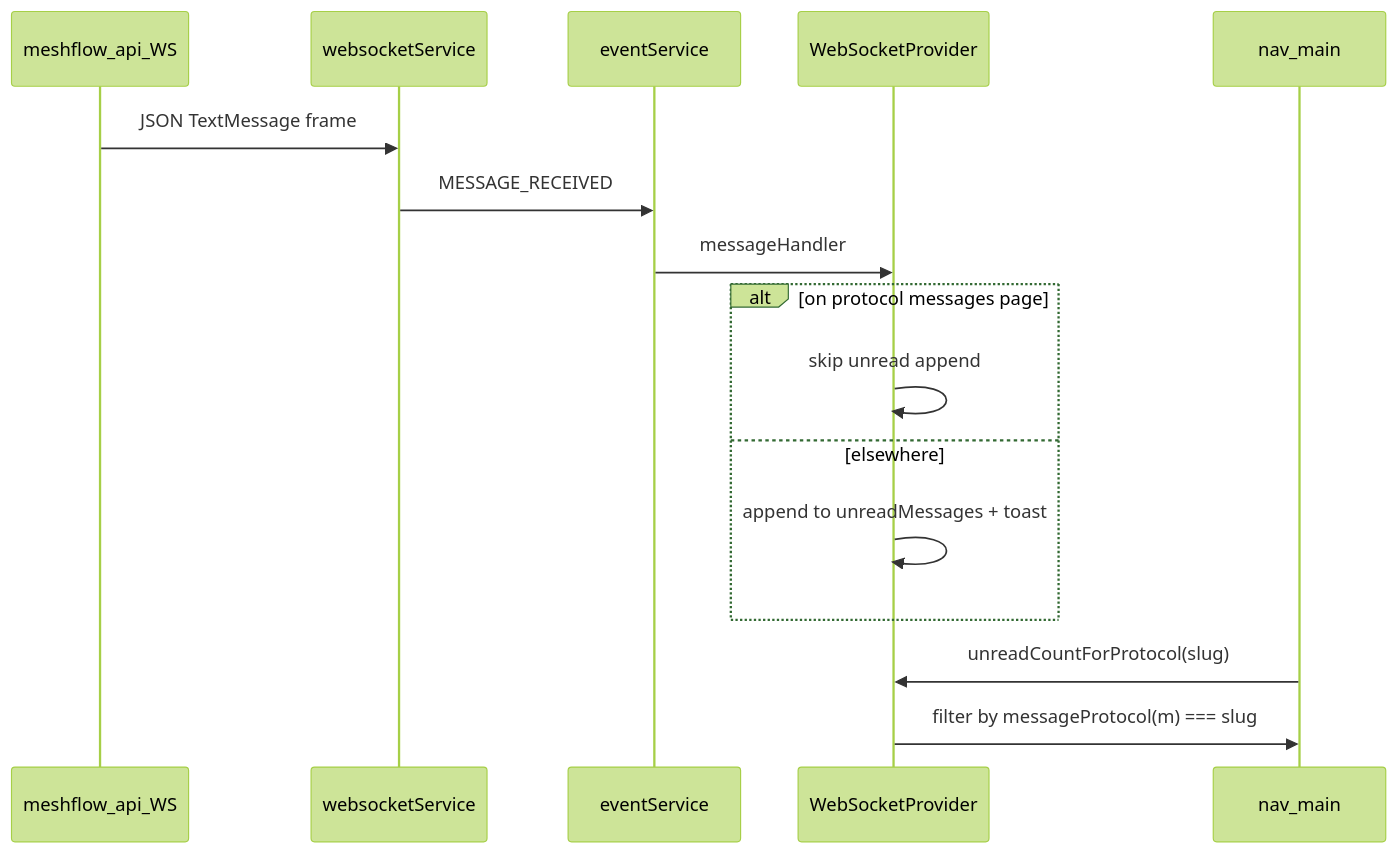
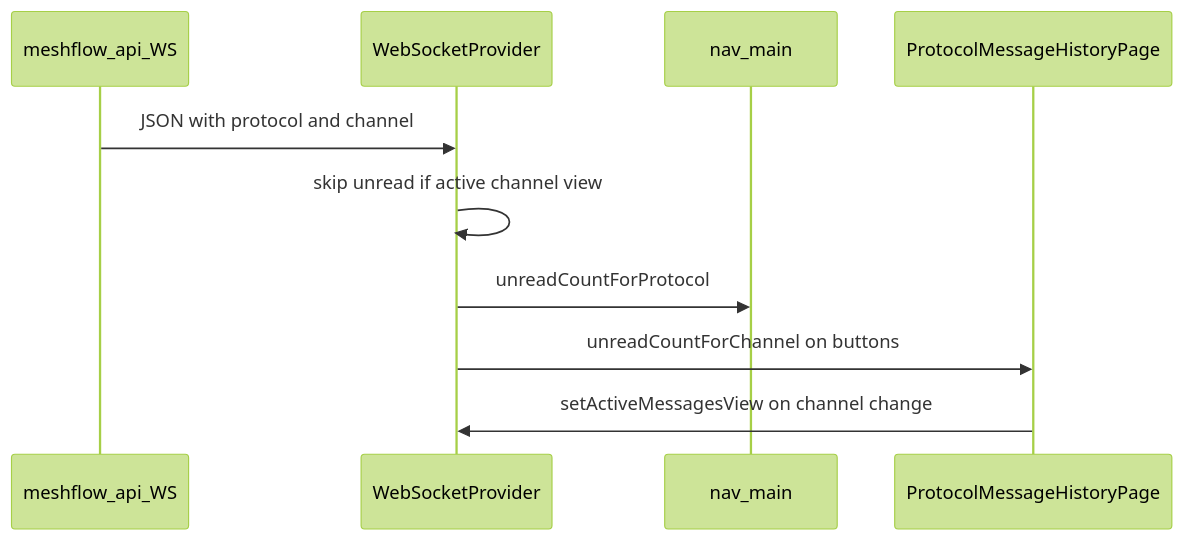
Before and after one commit to pskillen/meshflow-ui: the diagram in docs/features/messages/unread-count.md, drawn with Mermaid (forest theme). The commit also changed other lines of this file and 3 other files, not shown here.

First line of the commit message:
docs(messages): update unread-count for channel badges and WS protocol (#279)

````diff
--- a/docs/features/messages/unread-count.md
+++ b/docs/features/messages/unread-count.md
@@ -41,19 +45,13 @@
 ```mermaid
 sequenceDiagram
   participant API as meshflow_api_WS
-  participant WSS as websocketService
-  participant ES as eventService
   participant WSP as WebSocketProvider
   participant Nav as nav_main
+  participant Page as ProtocolMessageHistoryPage
 
-  API->>WSS: JSON TextMessage frame
-  WSS->>ES: MESSAGE_RECEIVED
-  ES->>WSP: messageHandler
-  alt on protocol messages page
-    WSP->>WSP: skip unread append
-  else elsewhere
-    WSP->>WSP: append to unreadMessages + toast
-  end
-  Nav->>WSP: unreadCountForProtocol(slug)
-  WSP->>Nav: filter by messageProtocol(m) === slug
+  API->>WSP: JSON with protocol and channel
+  WSP->>WSP: skip unread if active channel view
+  WSP->>Nav: unreadCountForProtocol
+  WSP->>Page: unreadCountForChannel on buttons
+  Page->>WSP: setActiveMessagesView on channel change
 ```
````
